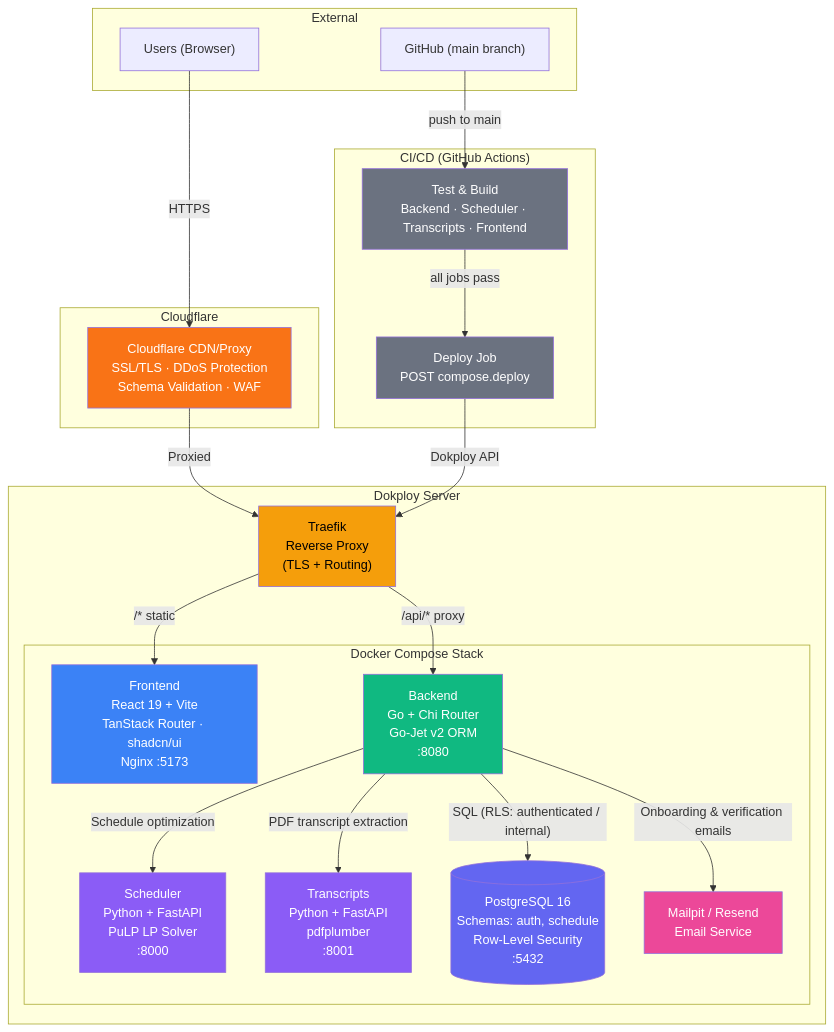
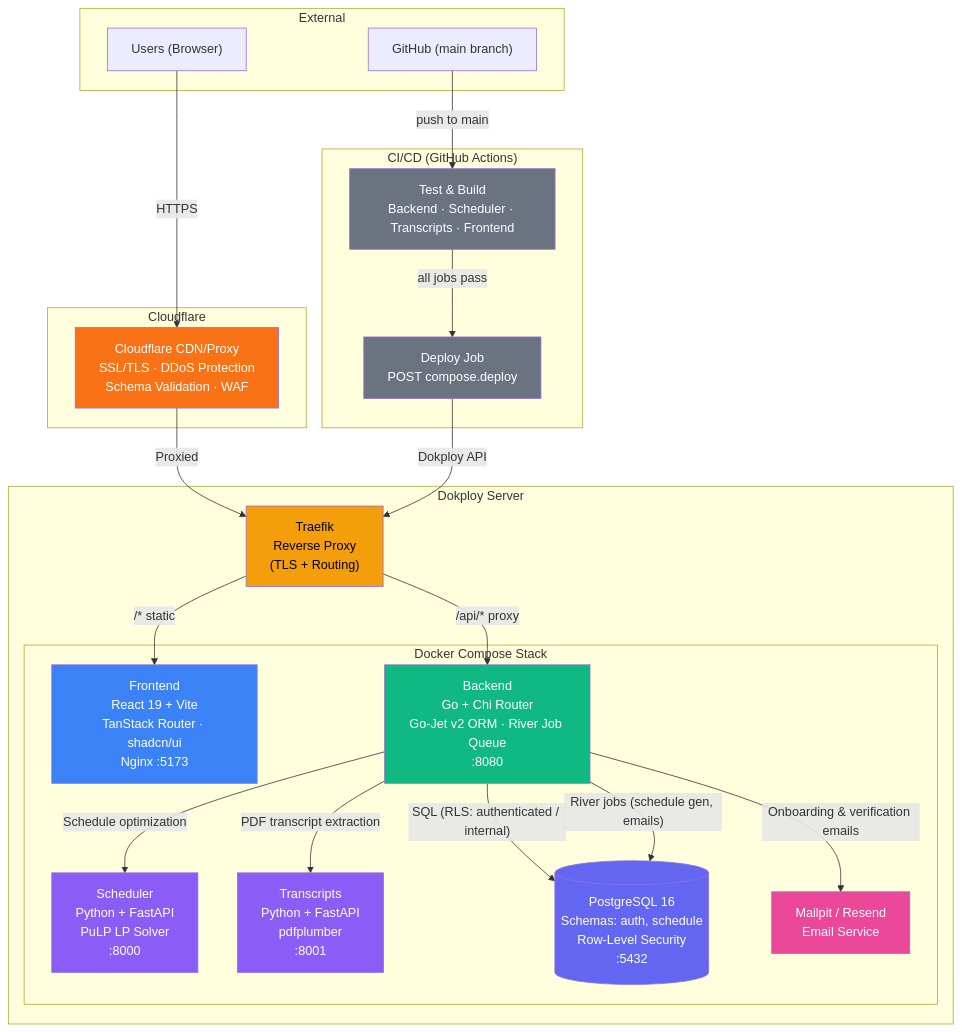
Before and after one commit to HDR3604/HelpDeskRostering: the first of 3 diagrams in diagrams/architecture.md, drawn with Mermaid. The commit also changed 1 other file, not shown here.

Commit message:
[HDR-45] Add River job queue to system architecture diagram

````diff
--- a/diagrams/architecture.md
+++ b/diagrams/architecture.md
@@ -3,54 +3,55 @@
 ```mermaid
 graph TB
     subgraph External
         Users["Users (Browser)"]
         GH["GitHub (main branch)"]
     end
 
     subgraph "Cloudflare"
         CF["Cloudflare CDN/Proxy<br/>SSL/TLS · DDoS Protection<br/>Schema Validation · WAF"]
     end
 
     subgraph "Dokploy Server"
         Traefik["Traefik<br/>Reverse Proxy<br/>(TLS + Routing)"]
 
         subgraph "Docker Compose Stack"
             FE["Frontend<br/>React 19 + Vite<br/>TanStack Router · shadcn/ui<br/>Nginx :5173"]
-            BE["Backend<br/>Go + Chi Router<br/>Go-Jet v2 ORM<br/>:8080"]
+            BE["Backend<br/>Go + Chi Router<br/>Go-Jet v2 ORM · River Job Queue<br/>:8080"]
             SCH["Scheduler<br/>Python + FastAPI<br/>PuLP LP Solver<br/>:8000"]
             TR["Transcripts<br/>Python + FastAPI<br/>pdfplumber<br/>:8001"]
             PG[("PostgreSQL 16<br/>Schemas: auth, schedule<br/>Row-Level Security<br/>:5432")]
             MP["Mailpit / Resend<br/>Email Service"]
         end
     end
 
     subgraph "CI/CD (GitHub Actions)"
         CI["Test & Build<br/>Backend · Scheduler · Transcripts · Frontend"]
         CD["Deploy Job<br/>POST compose.deploy"]
     end
 
     Users -->|"HTTPS"| CF
     CF -->|"Proxied"| Traefik
     Traefik -->|"/* static"| FE
     Traefik -->|"/api/* proxy"| BE
 
     BE -->|"Schedule optimization"| SCH
     BE -->|"PDF transcript extraction"| TR
     BE -->|"SQL (RLS: authenticated / internal)"| PG
+    BE -->|"River jobs (schedule gen, emails)"| PG
     BE -->|"Onboarding & verification emails"| MP
 
     GH -->|"push to main"| CI
     CI -->|"all jobs pass"| CD
     CD -->|"Dokploy API"| Traefik
 
     style Traefik fill:#f59e0b,color:#000
     style FE fill:#3b82f6,color:#fff
     style BE fill:#10b981,color:#fff
     style SCH fill:#8b5cf6,color:#fff
     style TR fill:#8b5cf6,color:#fff
     style PG fill:#6366f1,color:#fff
     style CF fill:#f97316,color:#fff
     style CI fill:#6b7280,color:#fff
     style CD fill:#6b7280,color:#fff
     style MP fill:#ec4899,color:#fff
 ```
````
